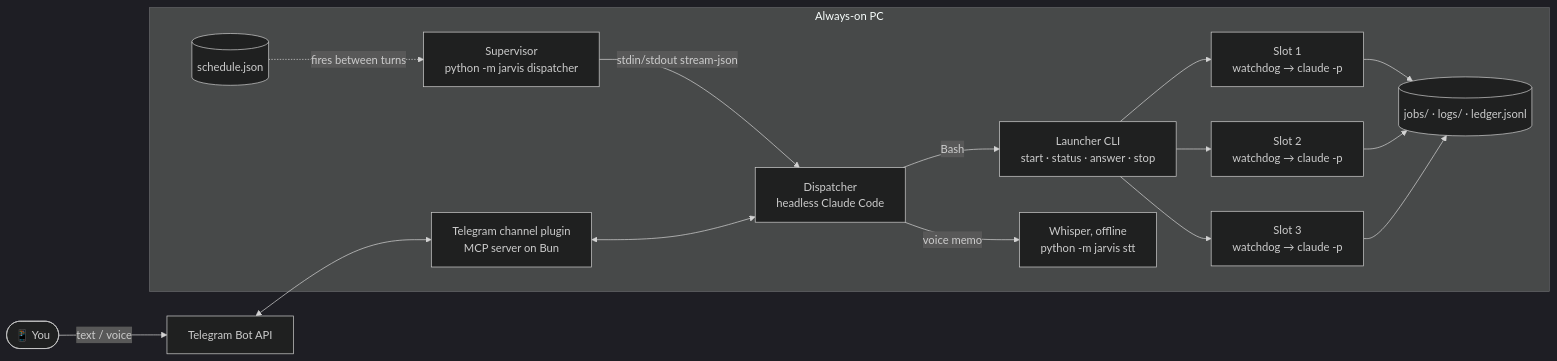
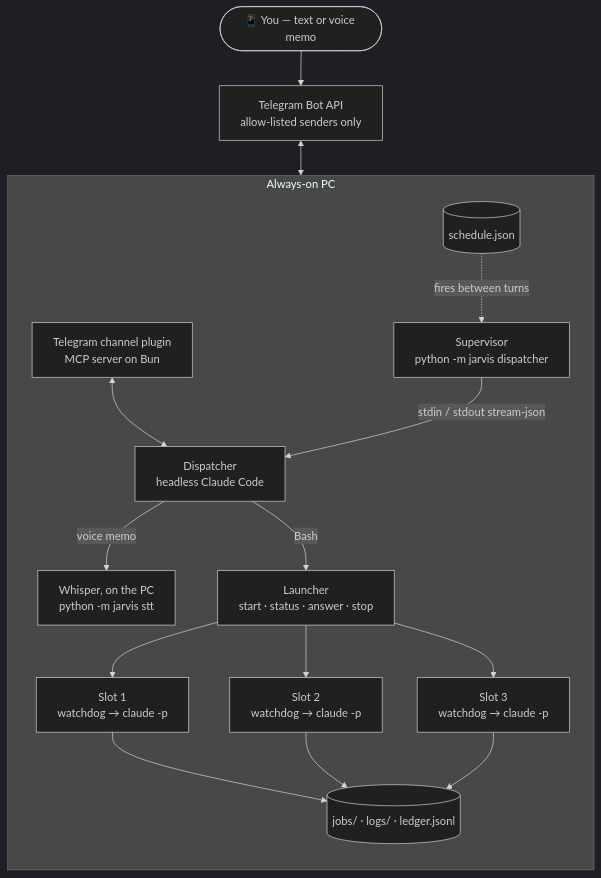
One commit to PepeMilanese/Jarvis changed the second of 2 diagrams in README.md. Above: the diagram before and after it, drawn with Mermaid (dark theme). The commit also changed other lines of this file, not shown here.

Commit message:
README: a top-down architecture diagram that reads at GitHub's width; keep the number cells on one line

````diff
--- a/README.md
+++ b/README.md
@@ -210,17 +210,25 @@
 ```mermaid
-flowchart LR
-    phone([📱 You]) -- text / voice --> tg[Telegram Bot API]
-    tg <--> plugin[Telegram channel plugin<br/>MCP server on Bun]
-    subgraph host [Always-on PC]
-      sup[Supervisor<br/>python -m jarvis dispatcher]
-      sup -- stdin/stdout stream-json --> disp[Dispatcher<br/>headless Claude Code]
+flowchart TB
+    phone(["📱 You — text or voice memo"]) --> tg["Telegram Bot API<br/>allow-listed senders only"]
+    subgraph host ["Always-on PC"]
+      direction TB
+      plugin["Telegram channel plugin<br/>MCP server on Bun"]
+      sched[("schedule.json")]
+      sup["Supervisor<br/>python -m jarvis dispatcher"]
+      disp["Dispatcher<br/>headless Claude Code"]
+      stt["Whisper, on the PC<br/>python -m jarvis stt"]
+      cli["Launcher<br/>start · status · answer · stop"]
+      s1["Slot 1<br/>watchdog → claude -p"]
+      s2["Slot 2<br/>watchdog → claude -p"]
+      s3["Slot 3<br/>watchdog → claude -p"]
+      ledger[("jobs/ · logs/ · ledger.jsonl")]
       plugin <--> disp
-      sched[(schedule.json)] -. fires between turns .-> sup
-      disp -- Bash --> cli[Launcher CLI<br/>start · status · answer · stop]
-      cli --> s1[Slot 1<br/>watchdog → claude -p]
-      cli --> s2[Slot 2<br/>watchdog → claude -p]
-      cli --> s3[Slot 3<br/>watchdog → claude -p]
-      disp -- voice memo --> stt[Whisper, offline<br/>python -m jarvis stt]
-      s1 & s2 & s3 --> ledger[(jobs/ · logs/ · ledger.jsonl)]
+      sched -. "fires between turns" .-> sup
+      sup -- "stdin / stdout stream-json" --> disp
+      disp -- "voice memo" --> stt
+      disp -- "Bash" --> cli
+      cli --> s1 & s2 & s3
+      s1 & s2 & s3 --> ledger
     end
+    tg <--> plugin
 ```
````
